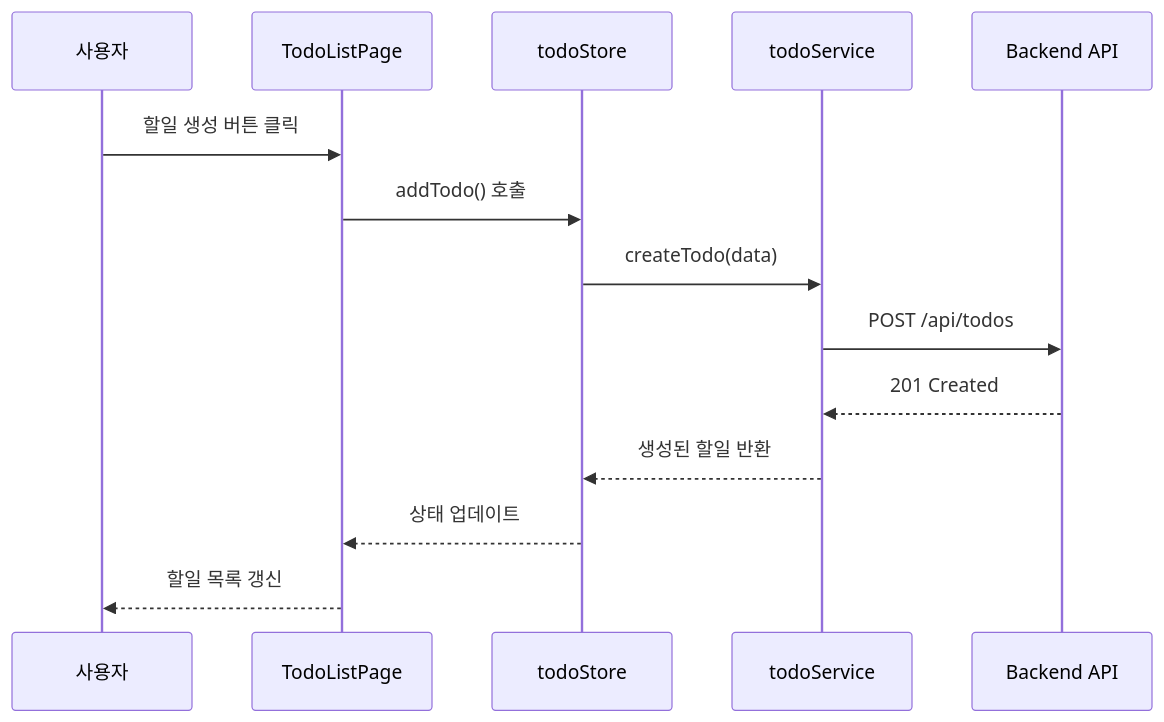
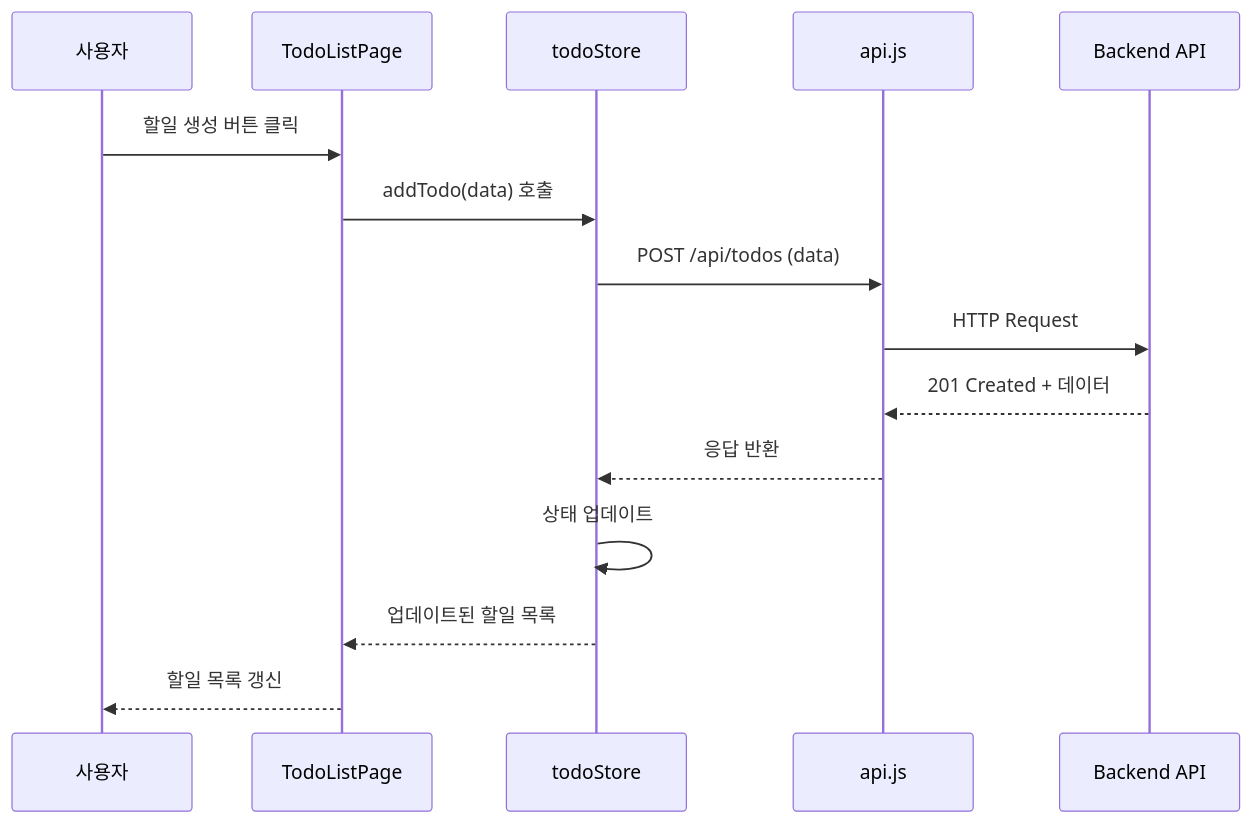
Before and after one commit to lyjoo17/lyjoo-Secure-To-Do-List: the fourth of 13 diagrams in doc/6-arch-diagram.md, drawn with Mermaid. The commit also changed other lines of this file and 74 other files, not shown here.

````diff
--- a/doc/6-arch-diagram.md
+++ b/doc/6-arch-diagram.md
@@ -260,17 +272,18 @@
 ```mermaid
 sequenceDiagram
     participant User as 사용자
     participant Page as TodoListPage
     participant Store as todoStore
-    participant Service as todoService
-    participant API as Backend API
+    participant APIClient as api.js
+    participant Backend as Backend API
 
     User->>Page: 할일 생성 버튼 클릭
-    Page->>Store: addTodo() 호출
-    Store->>Service: createTodo(data)
-    Service->>API: POST /api/todos
-    API-->>Service: 201 Created
-    Service-->>Store: 생성된 할일 반환
-    Store-->>Page: 상태 업데이트
+    Page->>Store: addTodo(data) 호출
+    Store->>APIClient: POST /api/todos (data)
+    APIClient->>Backend: HTTP Request
+    Backend-->>APIClient: 201 Created + 데이터
+    APIClient-->>Store: 응답 반환
+    Store->>Store: 상태 업데이트
+    Store-->>Page: 업데이트된 할일 목록
     Page-->>User: 할일 목록 갱신
 ```
````
